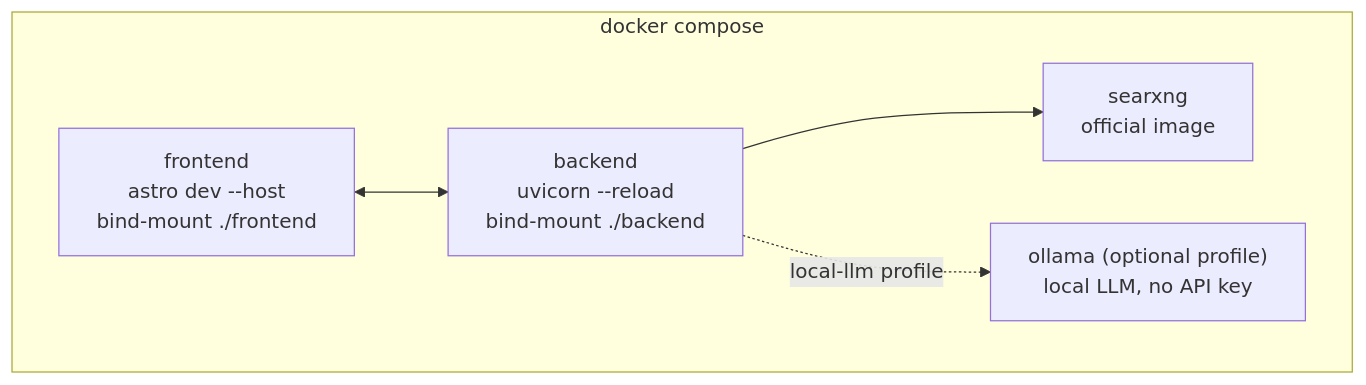
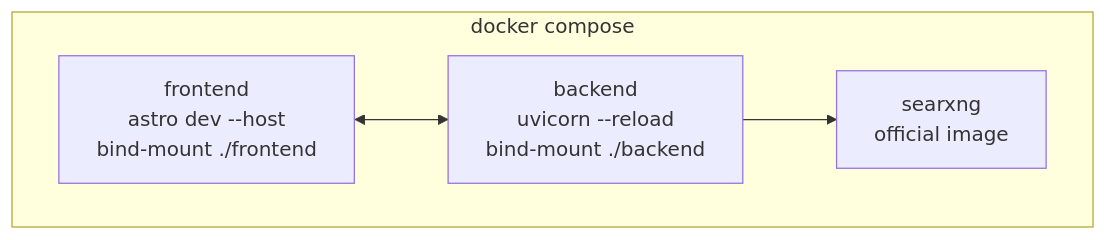
One commit to rafimaliki/who-is changed the second of 2 diagrams in docs/ARCHITECTURE.md. Above: the diagram before and after it, drawn with Mermaid. The commit also changed other lines of this file and 2 other files, not shown here.

Commit message:
chore: drop local LLM option, cloud-only stack (Groq + OpenRouter) (#1)

````diff
--- a/docs/ARCHITECTURE.md
+++ b/docs/ARCHITECTURE.md
@@ -58,12 +58,10 @@
 ```mermaid
 flowchart TB
     subgraph "docker compose"
         FE["frontend\nastro dev --host\nbind-mount ./frontend"]
         BE["backend\nuvicorn --reload\nbind-mount ./backend"]
         SX["searxng\nofficial image"]
-        OL["ollama (optional profile)\nlocal LLM, no API key"]
     end
     FE <--> BE
     BE --> SX
-    BE -. local-llm profile .-> OL
 ```
````
